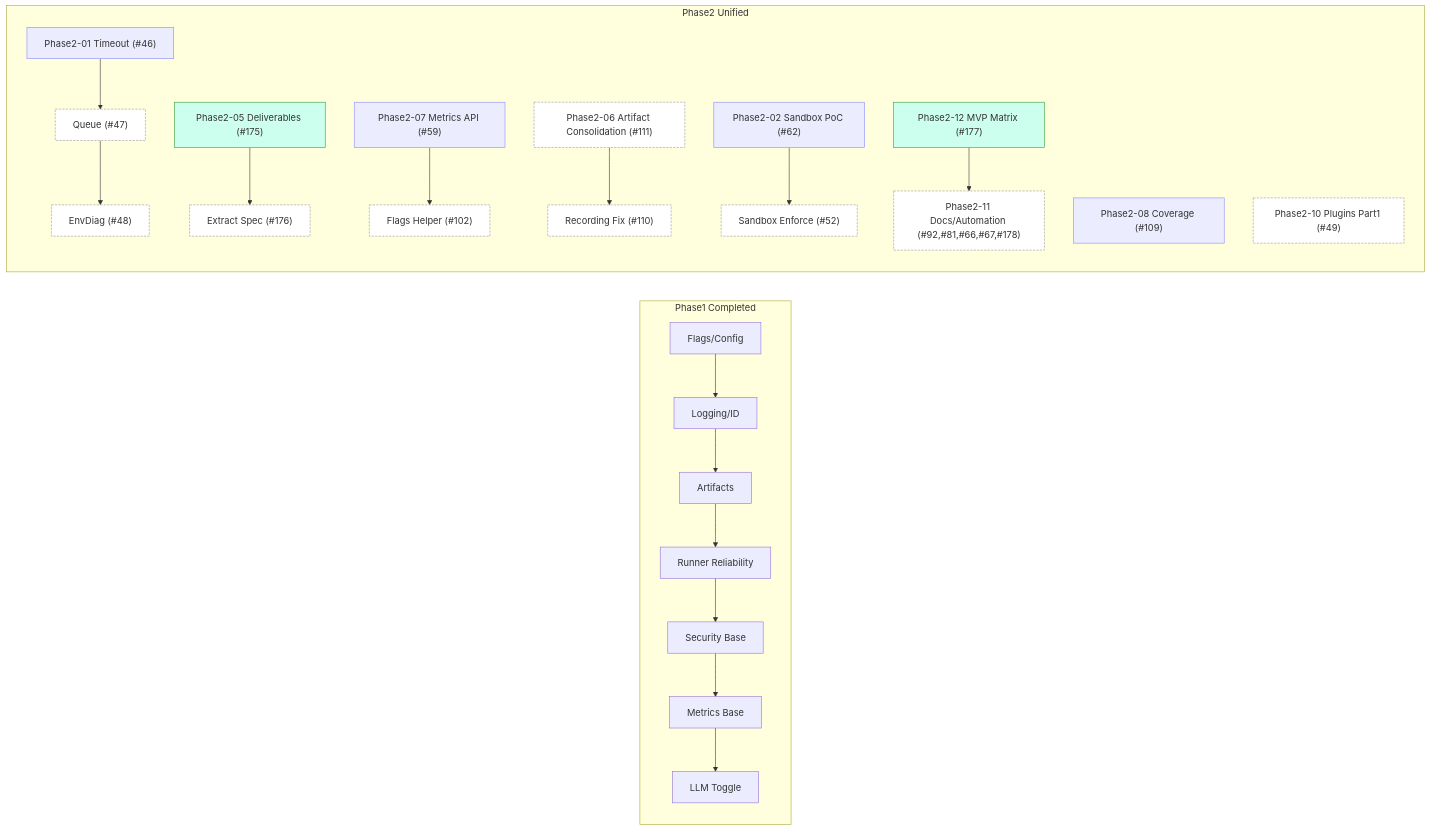
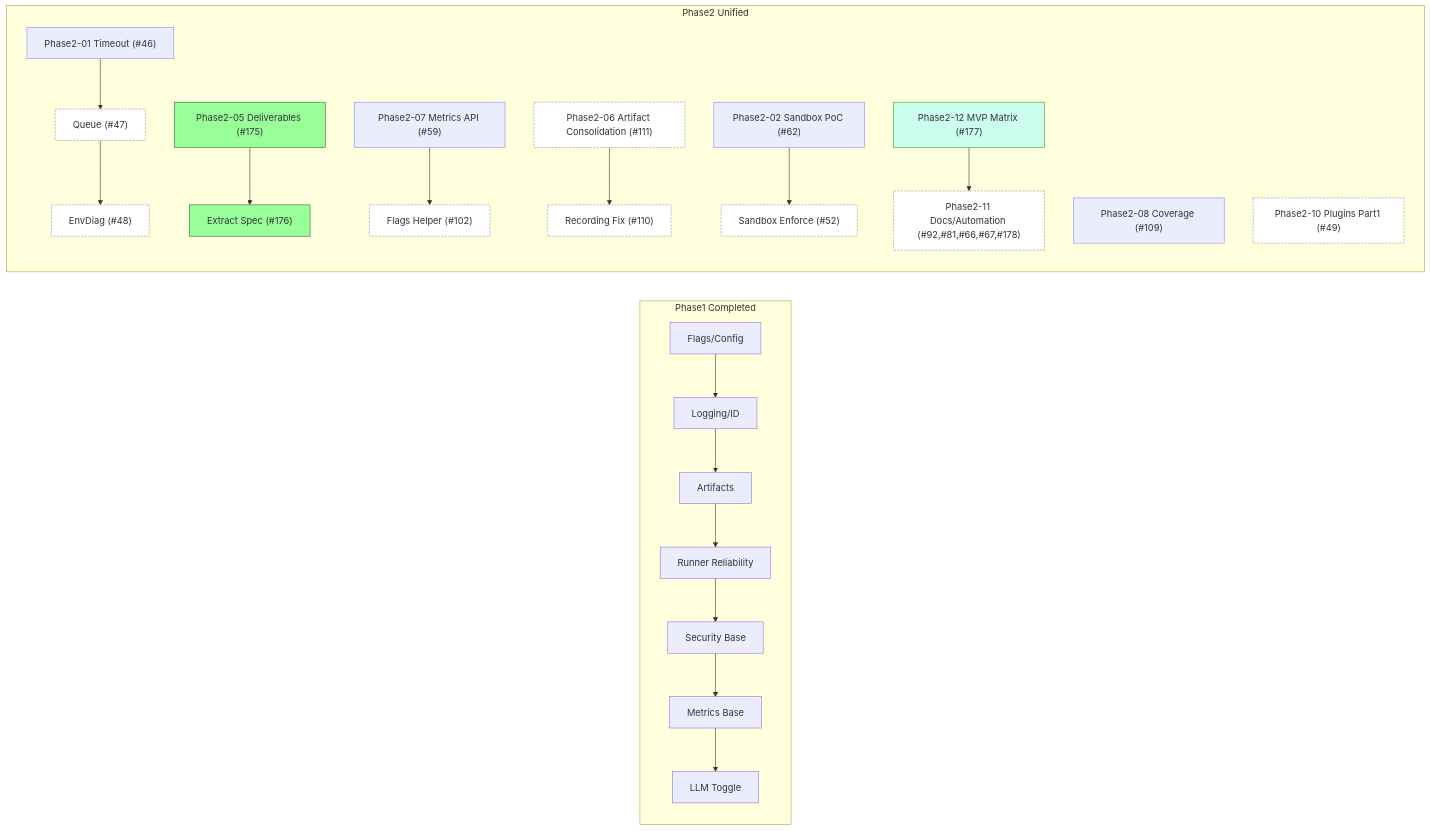
One commit to Nobukins/2bykilt changed the diagram in docs/roadmap/ROADMAP.md. Above: the diagram before and after it, drawn with Mermaid. The commit also changed other lines of this file and 4 other files, not shown here.

First line of the commit message:
Update ISSUE_DEPENDENCIES.yml and ROADMAP.md for Phase2-05 completion

````diff
--- a/docs/roadmap/ROADMAP.md
+++ b/docs/roadmap/ROADMAP.md
@@ -190,19 +190,20 @@
 ```mermaid
 graph LR
     subgraph A[Phase1 Completed]
       A1[Flags/Config] --> A2[Logging/ID] --> A3[Artifacts] --> A4[Runner Reliability] --> A5[Security Base] --> A6[Metrics Base] --> A7[LLM Toggle]
     end
     subgraph P2[Phase2 Unified]
       P201["Phase2-01 Timeout (#46)"]:::planned --> P201b["Queue (#47)"]:::future --> P201c["EnvDiag (#48)"]:::future
-      P205["Phase2-05 Deliverables (#175)"]:::inprogress --> P205b["Extract Spec (#176)"]:::future
+      P205["Phase2-05 Deliverables (#175)"]:::done --> P205b["Extract Spec (#176)"]:::done
       P207["Phase2-07 Metrics API (#59)"]:::planned --> P207b["Flags Helper (#102)"]:::future
       P206["Phase2-06 Artifact Consolidation (#111)"]:::future --> P206b["Recording Fix (#110)"]:::future
       P208["Phase2-08 Coverage (#109)"]:::planned
       P202["Phase2-02 Sandbox PoC (#62)"]:::planned --> P202b["Sandbox Enforce (#52)"]:::future
       P210["Phase2-10 Plugins Part1 (#49)"]:::future
       P212["Phase2-12 MVP Matrix (#177)"]:::inprogress --> P211["Phase2-11 Docs/Automation (#92,#81,#66,#67,#178)"]:::future
     end
     classDef planned fil:#eef,stroke:#88f;
     classDef inprogress fill:#cfe,stroke:#393;
+    classDef done fill:#9f9,stroke:#363;
     classDef future fill:#fff,stroke:#999,stroke-dasharray: 4 2;
 ```
````
